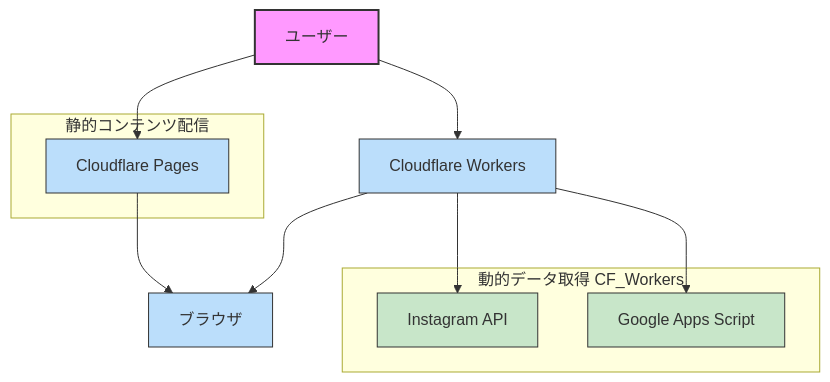
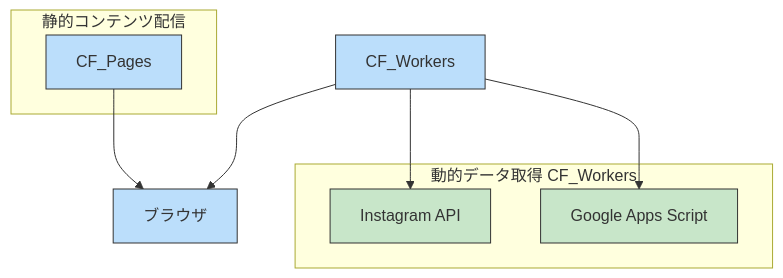
The diagram in README.md (onigiri-w2/totonari-copy), drawn with Mermaid before and after one commit.

````diff
--- a/README.md
+++ b/README.md
@@ -38,25 +38,23 @@
 ```mermaid
 graph TD
-    User[ユーザー] --> CF_Pages[Cloudflare Pages]
-    User --> CF_Workers[Cloudflare Workers]
     CF_Pages --> Browser[ブラウザ]
     CF_Workers --> Browser
     CF_Workers --> Instagram[Instagram API]
     CF_Workers --> GAS[Google Apps Script]
     
     subgraph "静的コンテンツ配信"
         CF_Pages
     end
     subgraph "動的データ取得" CF_Workers
         Instagram
         GAS
     end
     
     classDef user fill:#f9f,stroke:#333,stroke-width:2px;
     classDef cloud fill:#bbdefb,stroke:#333,stroke-width:1px;
     classDef api fill:#c8e6c9,stroke:#333,stroke-width:1px;
     
     class User user;
     class CF_Pages,CF_Workers,Browser cloud;
     class Instagram,GAS api;
 ```
````
